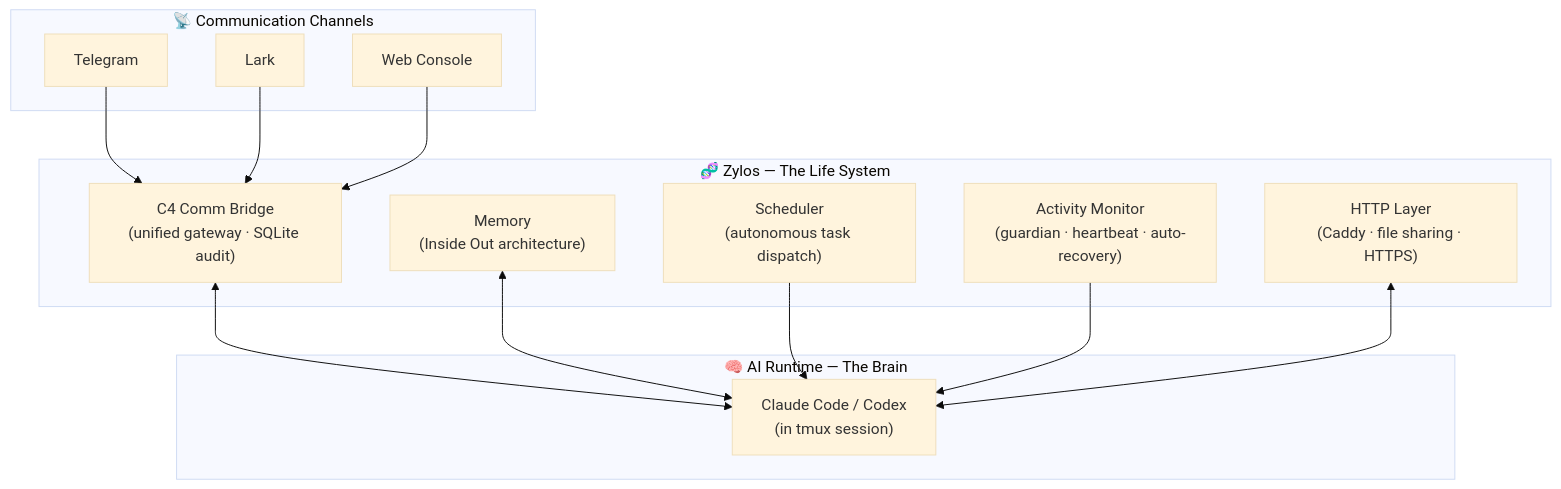
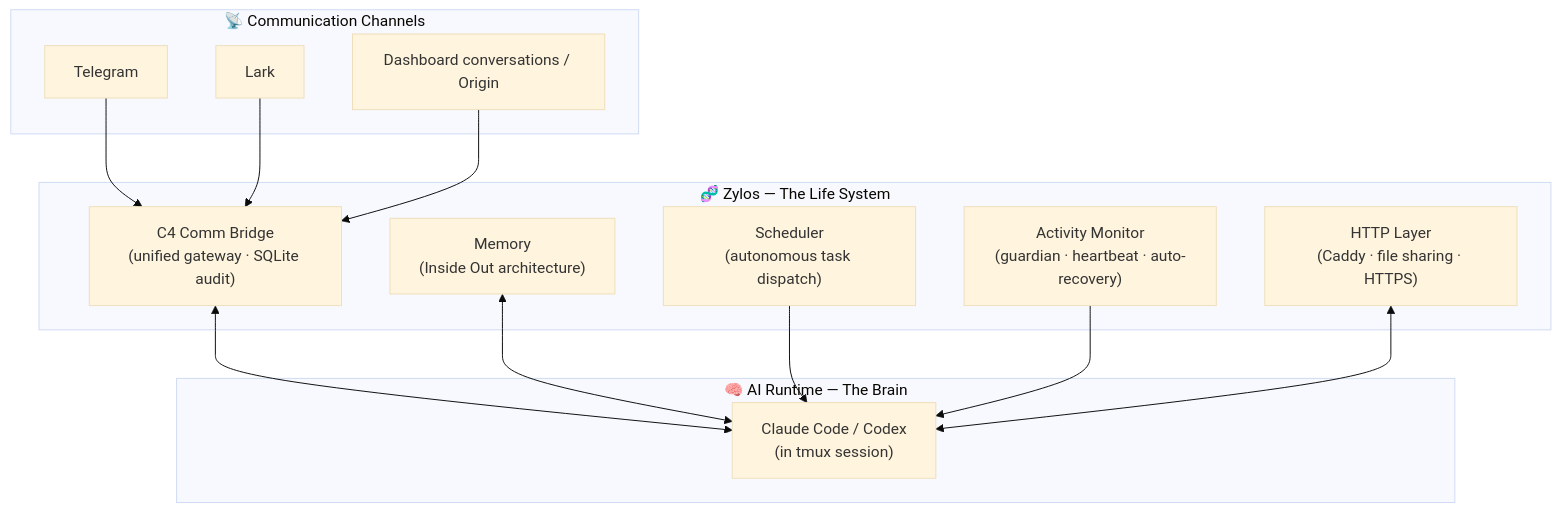
One commit to zylos-ai/zylos-core changed the diagram in README.md. Above: the diagram before and after it, drawn with Mermaid (base theme). The commit also changed other lines of this file and 95 other files, not shown here.

Commit message:
Remove Web Console from new installations and write snapshot format 3

````diff
--- a/README.md
+++ b/README.md
@@ -323,27 +321,27 @@
 ```mermaid
 graph TB
     subgraph Channels["📡 Communication Channels"]
         TG["Telegram"]
         LK["Lark"]
-        WC["Web Console"]
+        DB["Dashboard conversations / Origin"]
     end
 
     subgraph Zylos["🧬 Zylos — The Life System"]
         C4["C4 Comm Bridge<br/>(unified gateway · SQLite audit)"]
         MEM["Memory<br/>(Inside Out architecture)"]
         SCH["Scheduler<br/>(autonomous task dispatch)"]
         AM["Activity Monitor<br/>(guardian · heartbeat · auto-recovery)"]
         HTTP["HTTP Layer<br/>(Caddy · file sharing · HTTPS)"]
     end
 
     subgraph Brain["🧠 AI Runtime — The Brain"]
         CC["Claude Code / Codex<br/>(in tmux session)"]
     end
 
-    TG & LK & WC --> C4
+    TG & LK & DB --> C4
     C4 <--> CC
     MEM <--> CC
     SCH --> CC
     AM --> CC
     HTTP <--> CC
 ```
````
